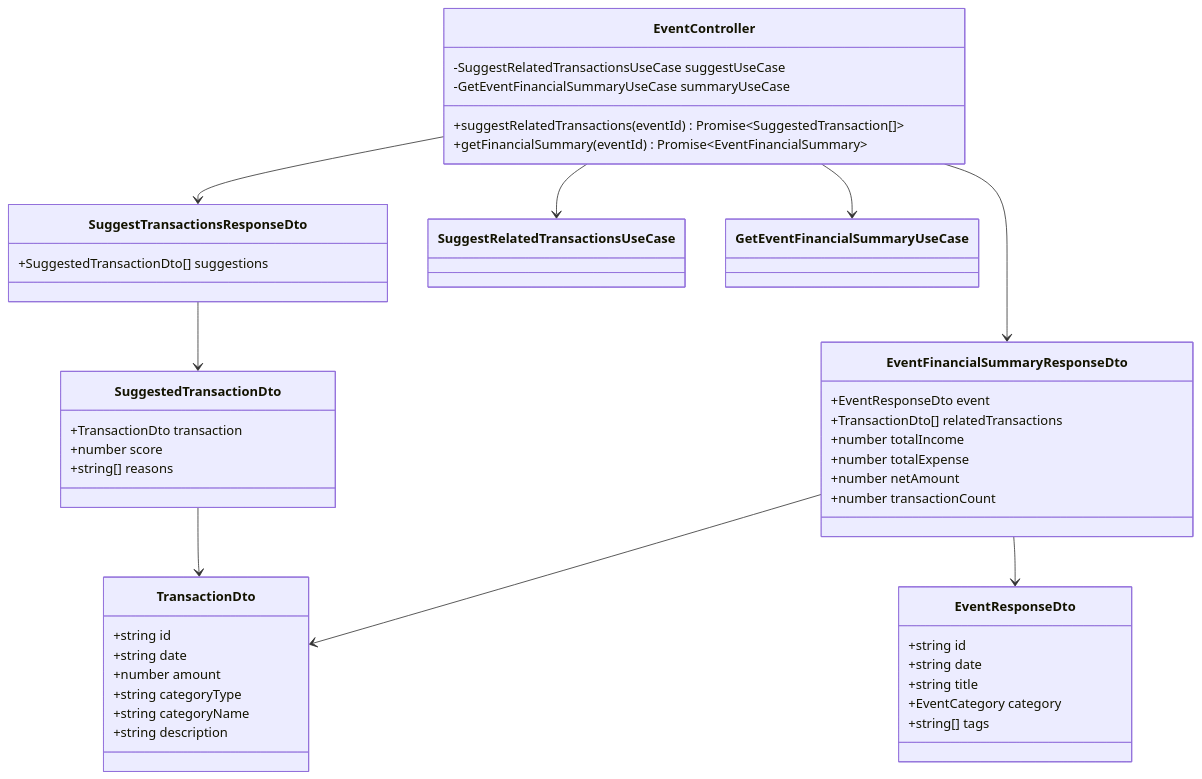
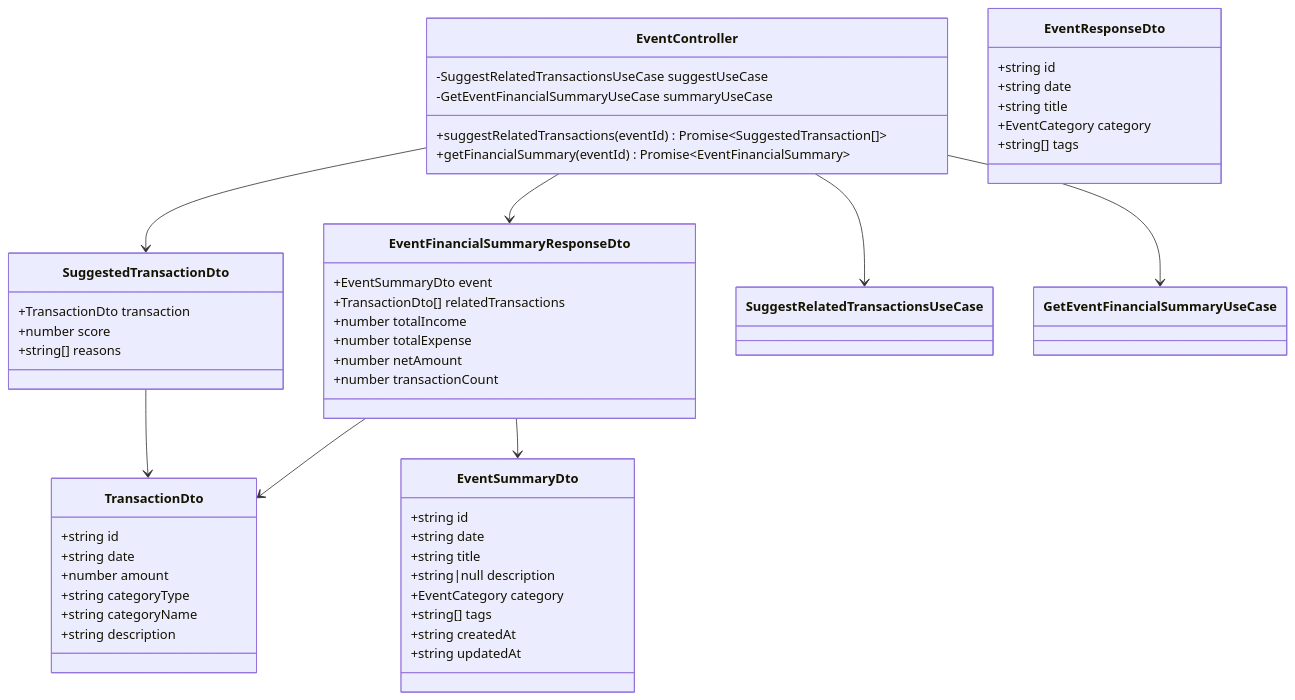
Before and after one commit to kencom2400/account-book: the fourth of 6 diagrams in docs/detailed-design/FR-022_event-transaction-link/class-diagrams.md, drawn with Mermaid. The commit also changed other lines of this file and 3 other files, not shown here.

````diff
--- a/docs/detailed-design/FR-022_event-transaction-link/class-diagrams.md
+++ b/docs/detailed-design/FR-022_event-transaction-link/class-diagrams.md
@@ -252,54 +256,60 @@
 ```mermaid
 classDiagram
     class EventController {
         -SuggestRelatedTransactionsUseCase suggestUseCase
         -GetEventFinancialSummaryUseCase summaryUseCase
         +suggestRelatedTransactions(eventId) Promise~SuggestedTransaction[]~
         +getFinancialSummary(eventId) Promise~EventFinancialSummary~
     }
 
-    class SuggestTransactionsResponseDto {
-        +SuggestedTransactionDto[] suggestions
-    }
-
     class SuggestedTransactionDto {
         +TransactionDto transaction
         +number score
         +string[] reasons
     }
 
     class EventFinancialSummaryResponseDto {
-        +EventResponseDto event
+        +EventSummaryDto event
         +TransactionDto[] relatedTransactions
         +number totalIncome
         +number totalExpense
         +number netAmount
         +number transactionCount
+    }
+
+    class EventSummaryDto {
+        +string id
+        +string date
+        +string title
+        +string|null description
+        +EventCategory category
+        +string[] tags
+        +string createdAt
+        +string updatedAt
     }
 
     class TransactionDto {
         +string id
         +string date
         +number amount
         +string categoryType
         +string categoryName
         +string description
     }
 
     class EventResponseDto {
         +string id
         +string date
         +string title
         +EventCategory category
         +string[] tags
     }
 
     EventController --> SuggestRelatedTransactionsUseCase
     EventController --> GetEventFinancialSummaryUseCase
-    EventController --> SuggestTransactionsResponseDto
+    EventController --> SuggestedTransactionDto
     EventController --> EventFinancialSummaryResponseDto
-    SuggestTransactionsResponseDto --> SuggestedTransactionDto
     SuggestedTransactionDto --> TransactionDto
-    EventFinancialSummaryResponseDto --> EventResponseDto
+    EventFinancialSummaryResponseDto --> EventSummaryDto
     EventFinancialSummaryResponseDto --> TransactionDto
 ```
````
